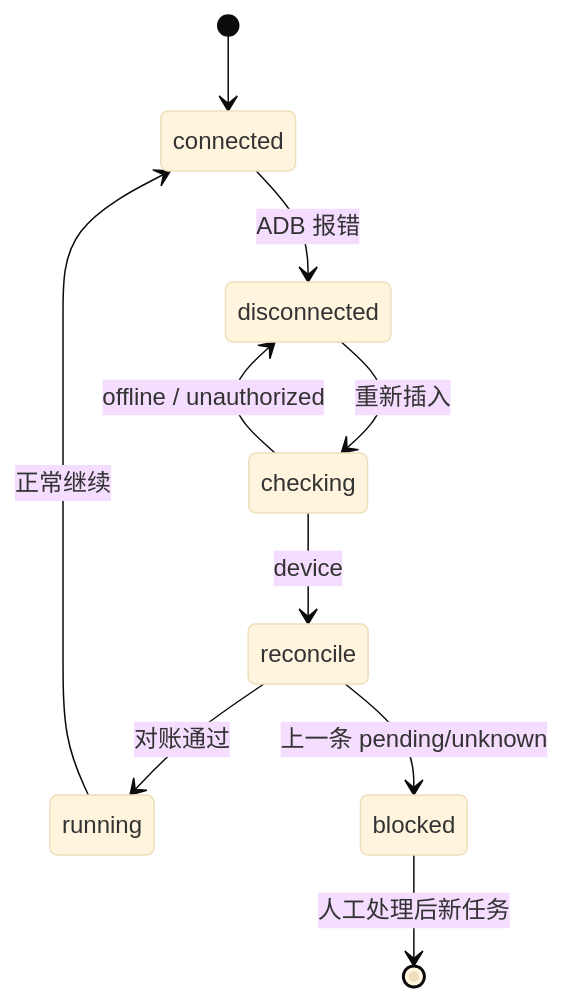
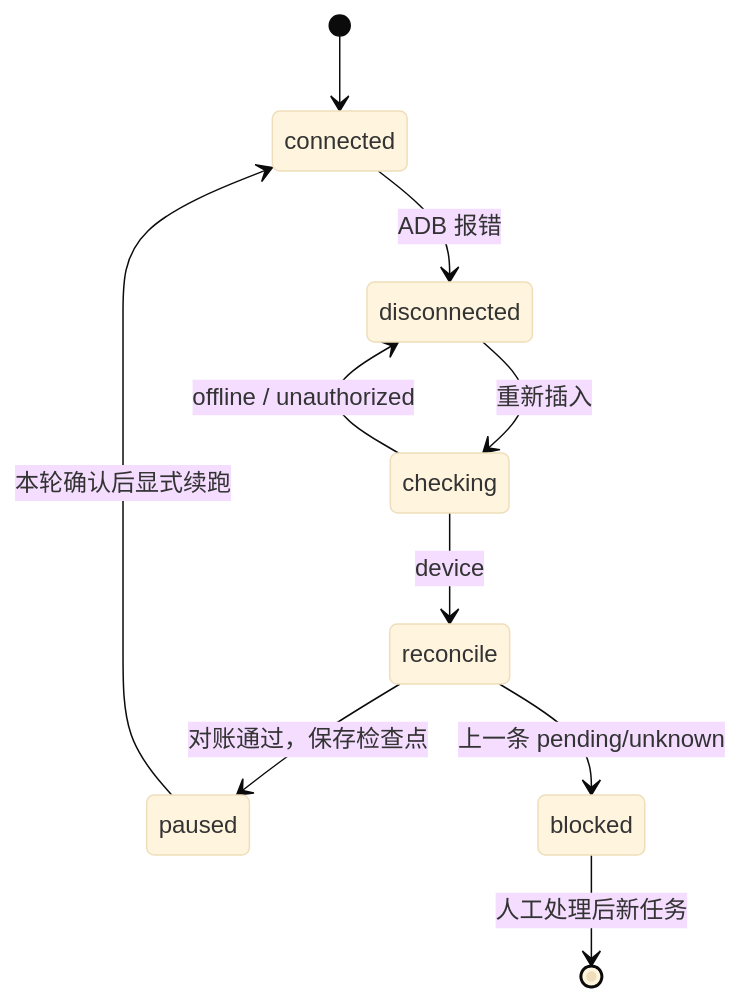
The sixth of 6 diagrams in docs/BOSS直聘_求职自动化_实施计划_20261123.md (bin448482/job-application-openagent), drawn with Mermaid (base theme) before and after one commit. The commit also changed other lines of this file and 4 other files, not shown here.

````diff
--- a/docs/BOSS直聘_求职自动化_实施计划_20261123.md
+++ b/docs/BOSS直聘_求职自动化_实施计划_20261123.md
@@ -138,12 +160,12 @@
 ```mermaid
 stateDiagram-v2
   [*] --> connected
   connected --> disconnected: ADB 报错
   disconnected --> checking: 重新插入
   checking --> disconnected: offline / unauthorized
   checking --> reconcile: device
-  reconcile --> running: 对账通过
+  reconcile --> paused: 对账通过，保存检查点
   reconcile --> blocked: 上一条 pending/unknown
-  running --> connected: 正常继续
+  paused --> connected: 本轮确认后显式续跑
   blocked --> [*]: 人工处理后新任务
 ```
````
